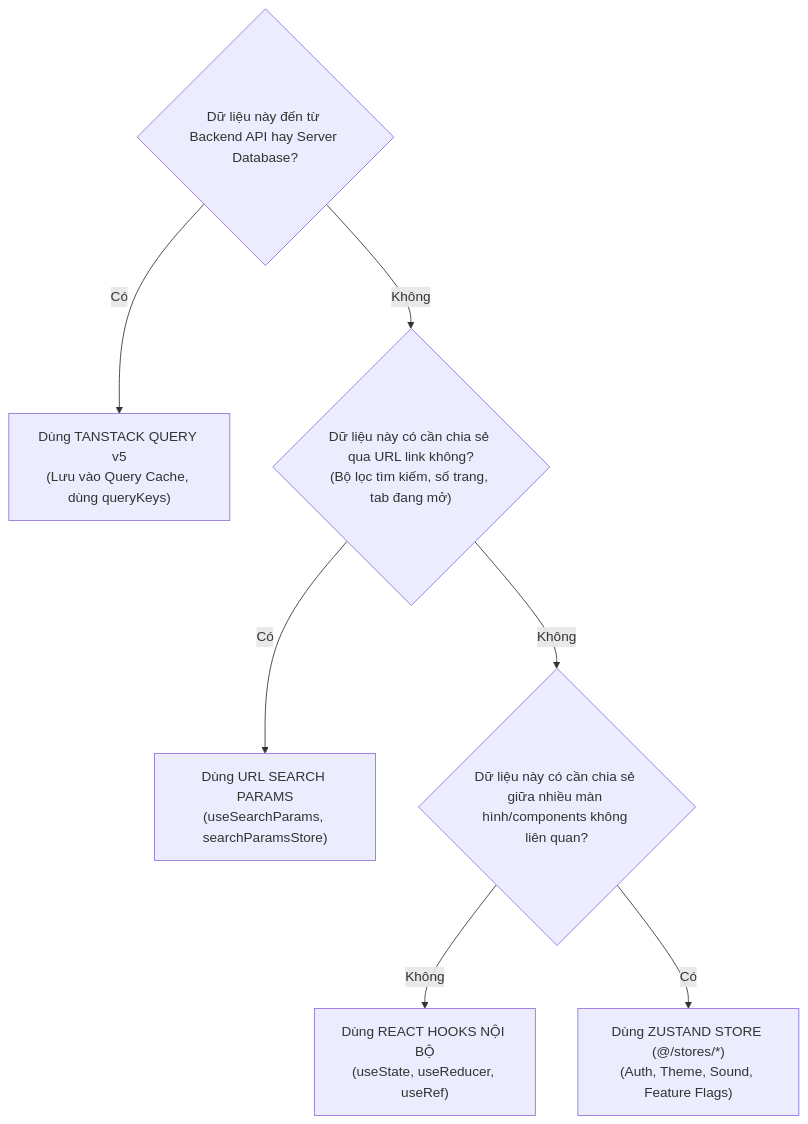
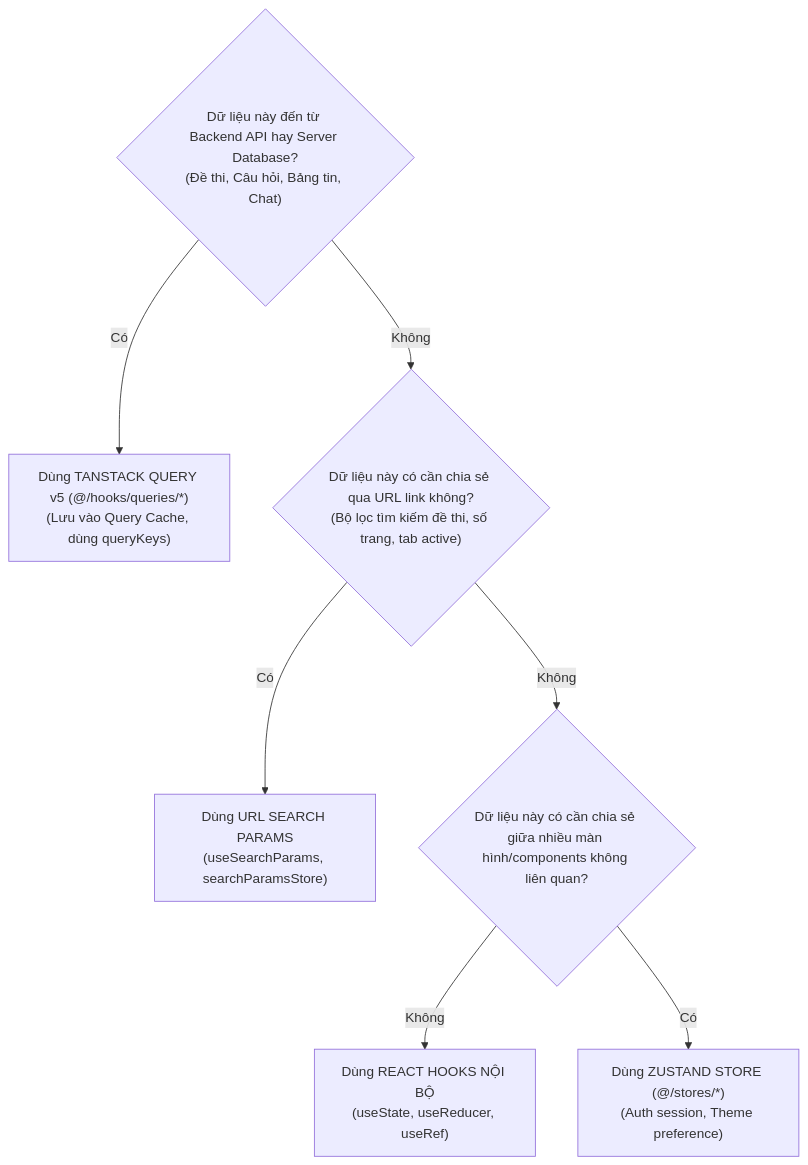
Before and after one commit to lethanhan01/Social-network-for-student-Generated-Question-Bank: the third of 3 diagrams in src/stores/README.md, drawn with Mermaid. The commit also changed other lines of this file and 6 other files, not shown here.

````diff
--- a/src/stores/README.md
+++ b/src/stores/README.md
@@ -207,12 +239,12 @@
 ```mermaid
 flowchart TD
-    Q1{"Dữ liệu này đến từ Backend API hay Server Database?"}
-    Q1 -- Có --> TQ["Dùng TANSTACK QUERY v5<br/>(Lưu vào Query Cache, dùng queryKeys)"]
-    Q1 -- Không --> Q2{"Dữ liệu này có cần chia sẻ qua URL link không?<br/>(Bộ lọc tìm kiếm, số trang, tab đang mở)"}
+    Q1{"Dữ liệu này đến từ Backend API hay Server Database?<br/>(Đề thi, Câu hỏi, Bảng tin, Chat)"}
+    Q1 -- Có --> TQ["Dùng TANSTACK QUERY v5 (@/hooks/queries/*)<br/>(Lưu vào Query Cache, dùng queryKeys)"]
+    Q1 -- Không --> Q2{"Dữ liệu này có cần chia sẻ qua URL link không?<br/>(Bộ lọc tìm kiếm đề thi, số trang, tab active)"}
 
     Q2 -- Có --> URL["Dùng URL SEARCH PARAMS<br/>(useSearchParams, searchParamsStore)"]
     Q2 -- Không --> Q3{"Dữ liệu này có cần chia sẻ giữa nhiều màn hình/components không liên quan?"}
 
     Q3 -- Không --> LOCAL["Dùng REACT HOOKS NỘI BỘ<br/>(useState, useReducer, useRef)"]
-    Q3 -- Có --> ZUSTAND["Dùng ZUSTAND STORE (@/stores/*)<br/>(Auth, Theme, Sound, Feature Flags)"]
+    Q3 -- Có --> ZUSTAND["Dùng ZUSTAND STORE (@/stores/*)<br/>(Auth session, Theme preference)"]
 ```
````
